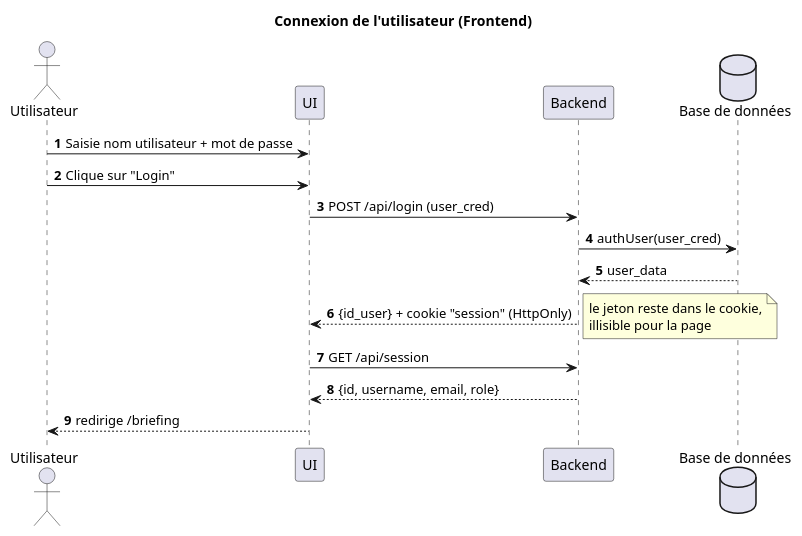
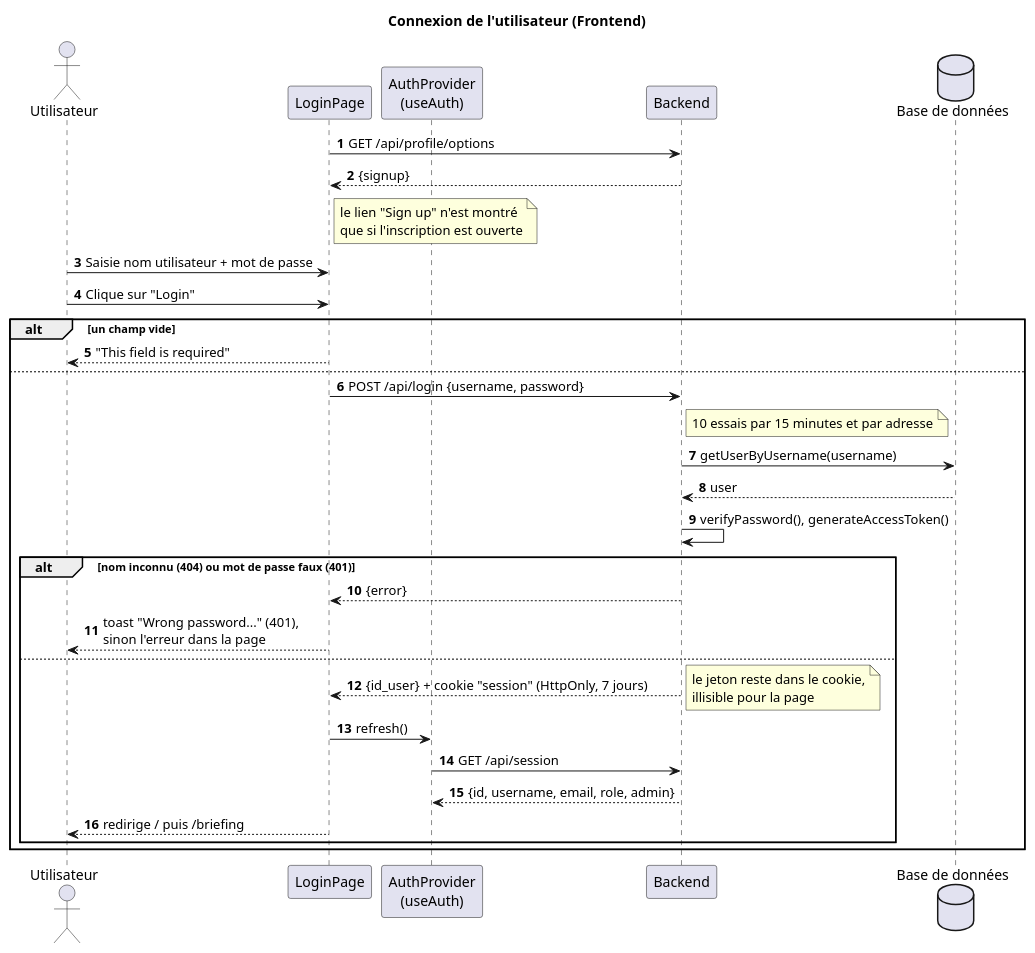
One commit to TPI2026-NewsGenerator/NewsGenerator-Frontend changed the diagram in docs/UML/login-sequence-diagram.puml. Above: the diagram before and after it, drawn with PlantUML. The commit also changed other lines of this file and 35 other files, not shown here.

First line of the commit message:
Bring the README, the use cases and the client's diagrams up to date

```diff
--- a/docs/UML/login-sequence-diagram.puml
+++ b/docs/UML/login-sequence-diagram.puml
@@ -1,23 +4,38 @@
 @startuml
 title Connexion de l'utilisateur (Frontend)
 autonumber
 
 actor "Utilisateur" as User
-participant "UI" as UI
+participant "LoginPage" as UI
+participant "AuthProvider\n(useAuth)" as Auth
 participant "Backend" as BE
 database "Base de données" as DB
 
+UI -> BE : GET /api/profile/options
+BE --> UI : {signup}
+note right of UI : le lien "Sign up" n'est montré\nque si l'inscription est ouverte
+
 User -> UI : Saisie nom utilisateur + mot de passe
 User -> UI : Clique sur "Login"
-
-UI -> BE : POST /api/login (user_cred)
-BE -> DB : authUser(user_cred)
-DB --> BE : user_data
-BE --> UI : {id_user} + cookie "session" (HttpOnly)
-note right : le jeton reste dans le cookie,\nillisible pour la page
-
-UI -> BE : GET /api/session
-BE --> UI : {id, username, email, role}
-UI --> User : redirige /briefing
+alt un champ vide
+    UI --> User : "This field is required"
+else
+    UI -> BE : POST /api/login {username, password}
+    note right of BE : 10 essais par 15 minutes et par adresse
+    BE -> DB : getUserByUsername(username)
+    DB --> BE : user
+    BE -> BE : verifyPassword(), generateAccessToken()
+    alt nom inconnu (404) ou mot de passe faux (401)
+        BE --> UI : {error}
+        UI --> User : toast "Wrong password..." (401),\nsinon l'erreur dans la page
+    else
+        BE --> UI : {id_user} + cookie "session" (HttpOnly, 7 jours)
+        note right : le jeton reste dans le cookie,\nillisible pour la page
+        UI -> Auth : refresh()
+        Auth -> BE : GET /api/session
+        BE --> Auth : {id, username, email, role, admin}
+        UI --> User : redirige / puis /briefing
+    end
+end
 
 @enduml
```
